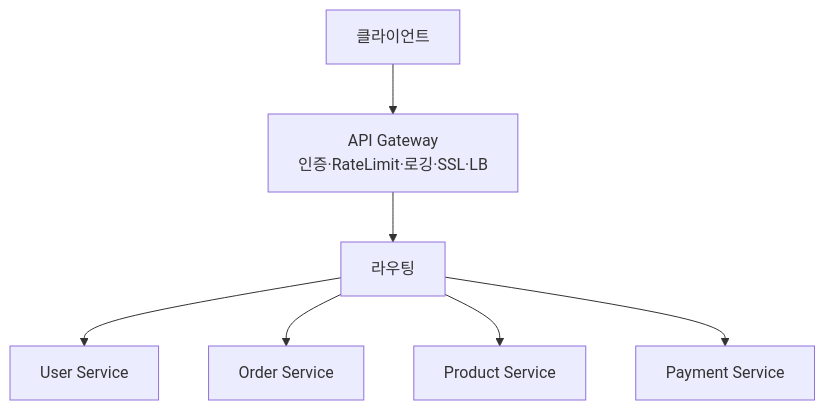
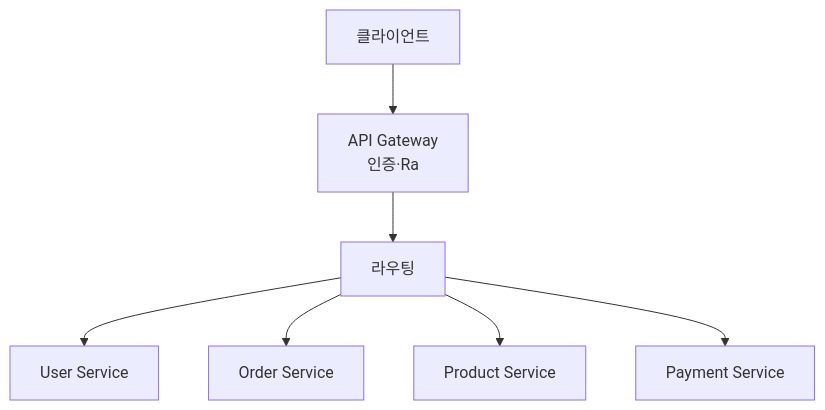
Before and after one commit to yjkim2015/yjkim2015.github.io: the first of 3 diagrams in _posts/spring/2026-05-01-spring-cloud-gateway.md, drawn with Mermaid. The commit also changed 271 other files, not shown here.

First line of the commit message:
Mermaid 라벨 축소: 긴 노드 텍스트 18자 이하로 트림 + \n 제거

````diff
--- a/_posts/spring/2026-05-01-spring-cloud-gateway.md
+++ b/_posts/spring/2026-05-01-spring-cloud-gateway.md
@@ -21,9 +21,9 @@
 ```mermaid
 graph TD
-    C["클라이언트"] --> GW["API Gateway\n인증·RateLimit·로깅·SSL·LB"]
+    C["클라이언트"] --> GW["API Gateway\n인증·Ra"]
     GW --> R["라우팅"]
     R --> US["User Service"]
     R --> OS["Order Service"]
     R --> PS["Product Service"]
     R --> PAY["Payment Service"]
 ```
````
